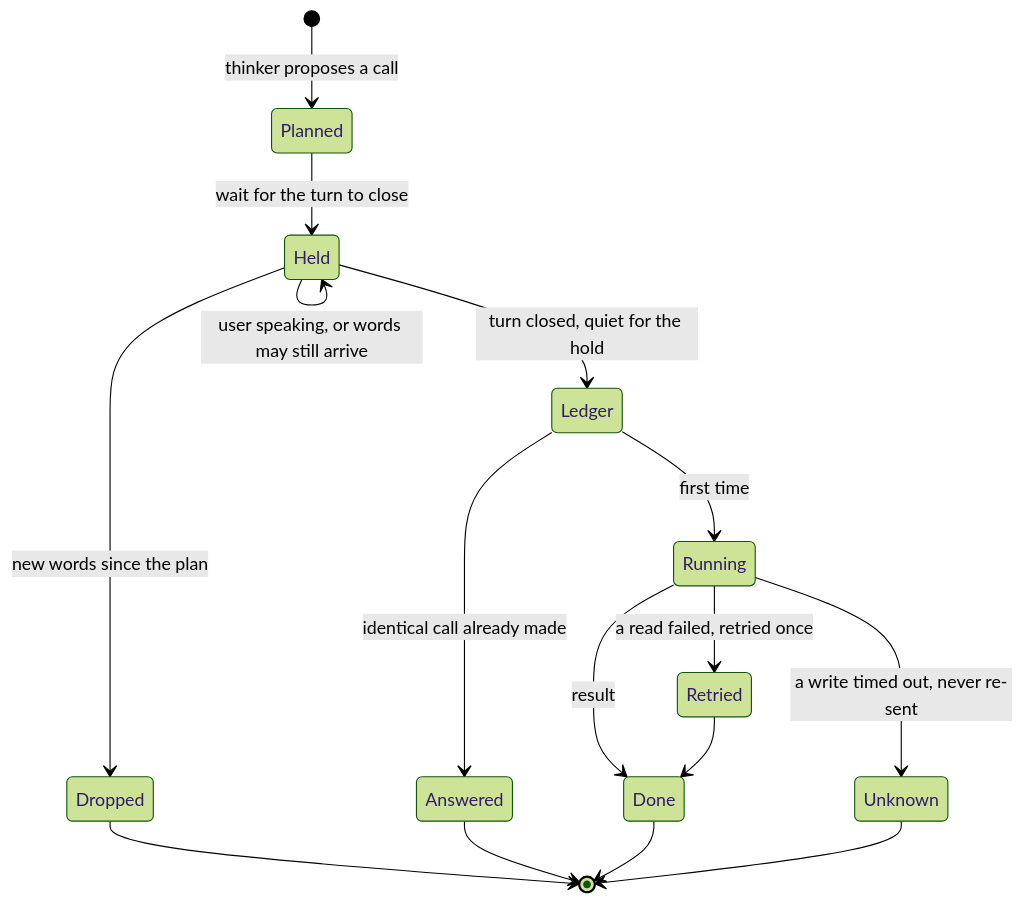
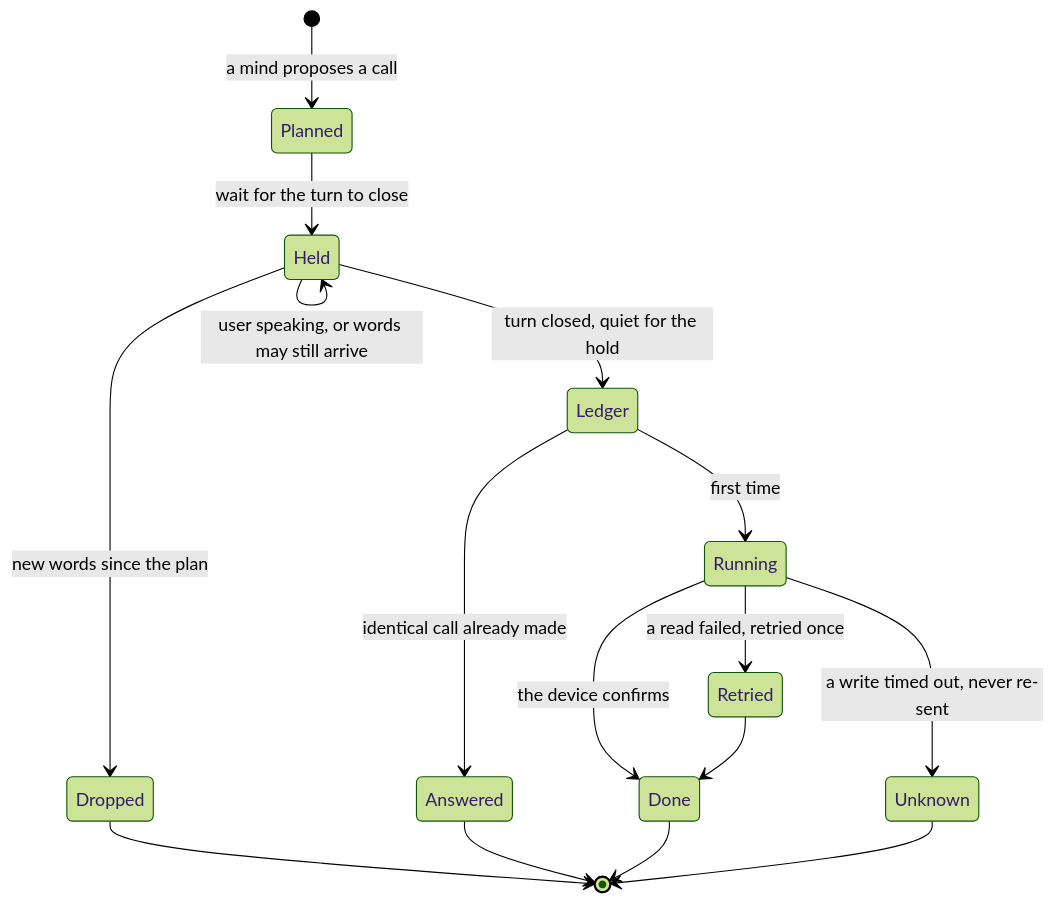
Before and after one commit to tannnmayy/DUET-SAMSUNGPRISM-HACKATHON-TEAM-SE7EN: the third of 3 diagrams in README.md, drawn with Mermaid (forest theme). The commit also changed other lines of this file and 256 other files, not shown here.

````diff
--- a/README.md
+++ b/README.md
@@ -128,18 +184,18 @@
 ```mermaid
 stateDiagram-v2
-    [*] --> Planned: thinker proposes a call
+    [*] --> Planned: a mind proposes a call
     Planned --> Held: wait for the turn to close
     Held --> Held: user speaking, or words may still arrive
     Held --> Dropped: new words since the plan
     Held --> Ledger: turn closed, quiet for the hold
     Ledger --> Answered: identical call already made
     Ledger --> Running: first time
-    Running --> Done: result
+    Running --> Done: the device confirms
     Running --> Retried: a read failed, retried once
     Running --> Unknown: a write timed out, never re-sent
     Retried --> Done
     Dropped --> [*]
     Answered --> [*]
     Done --> [*]
     Unknown --> [*]
 ```
````
